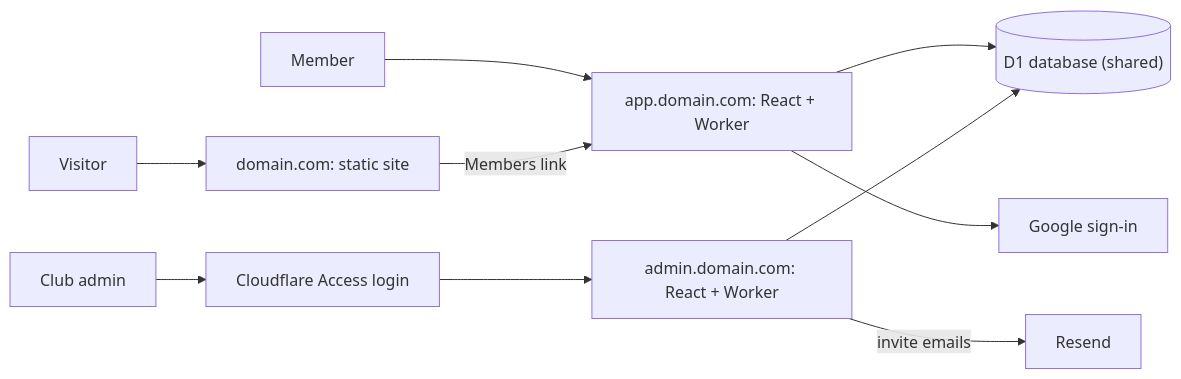
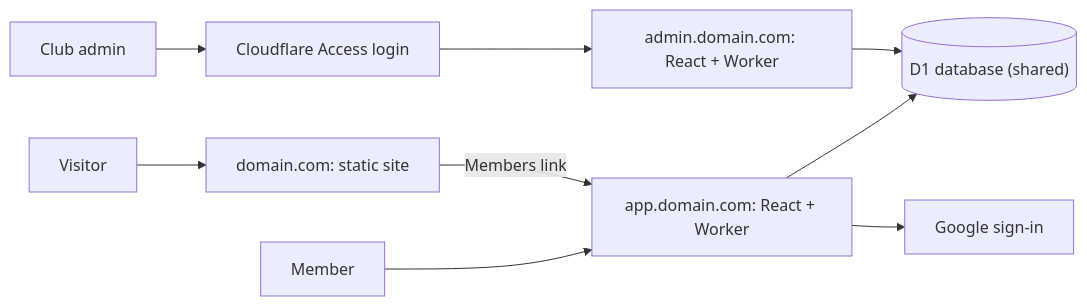
Before and after one commit to jmarquiss/hampset: the diagram in README.md, drawn with Mermaid. The commit also changed other lines of this file and 100 other files, not shown here.

````diff
--- a/README.md
+++ b/README.md
@@ -17,12 +17,11 @@
 ```mermaid
 flowchart LR
   visitor[Visitor] --> site["domain.com: static site"]
   member[Member] --> app["app.domain.com: React + Worker"]
   clubAdmin[Club admin] --> access["Cloudflare Access login"]
   access --> admin["admin.domain.com: React + Worker"]
   site -->|"Members link"| app
   app --> d1[("D1 database (shared)")]
   admin --> d1
-  admin -->|"invite emails"| resend[Resend]
   app --> google[Google sign-in]
 ```
````
